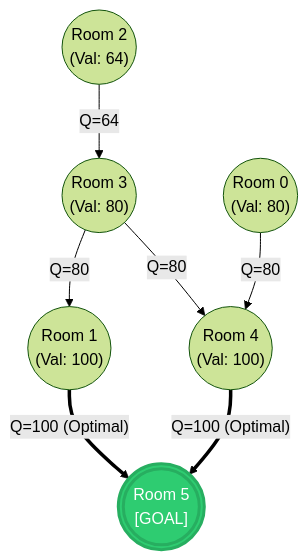
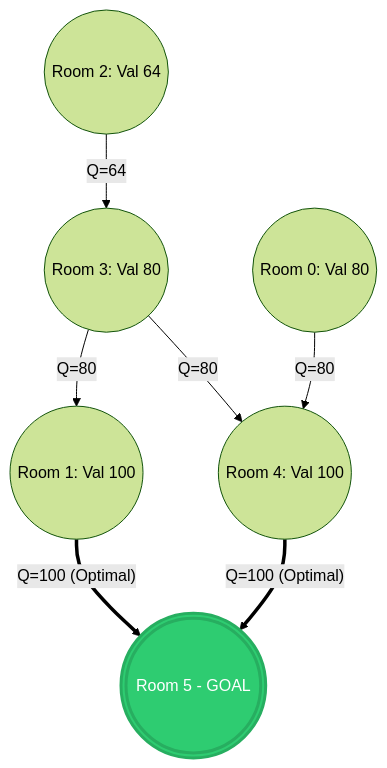
The tenth of 14 diagrams in notes/machine_learning/ssl_rl_and_intro_to_deep_learning.md (DeepLumiere/DeepSkills), drawn with Mermaid (forest theme) before and after one commit. The commit also changed other lines of this file and 56 other files, not shown here.

````diff
--- a/notes/machine_learning/ssl_rl_and_intro_to_deep_learning.md
+++ b/notes/machine_learning/ssl_rl_and_intro_to_deep_learning.md
@@ -874,10 +874,10 @@
 ```mermaid
 graph TD
-    R2(("Room 2<br/>(Val: 64)")) -->|"Q=64"| R3(("Room 3<br/>(Val: 80)"))
-    R0(("Room 0<br/>(Val: 80)")) -->|"Q=80"| R4(("Room 4<br/>(Val: 100)"))
-    R3 -->|"Q=80"| R1(("Room 1<br/>(Val: 100)"))
+    R2(("Room 2: Val 64")) -->|"Q=64"| R3(("Room 3: Val 80"))
+    R0(("Room 0: Val 80")) -->|"Q=80"| R4(("Room 4: Val 100"))
+    R3 -->|"Q=80"| R1(("Room 1: Val 100"))
     R3 -->|"Q=80"| R4
-    R1 ==>|"Q=100 (Optimal)"| R5((("Room 5<br/>[GOAL]"))):::goal
+    R1 ==>|"Q=100 (Optimal)"| R5((("Room 5 - GOAL"))):::goal
     R4 ==>|"Q=100 (Optimal)"| R5
     classDef goal fill:#2ecc71,stroke:#27ae60,stroke-width:3px,color:#fff;
 ```
````
